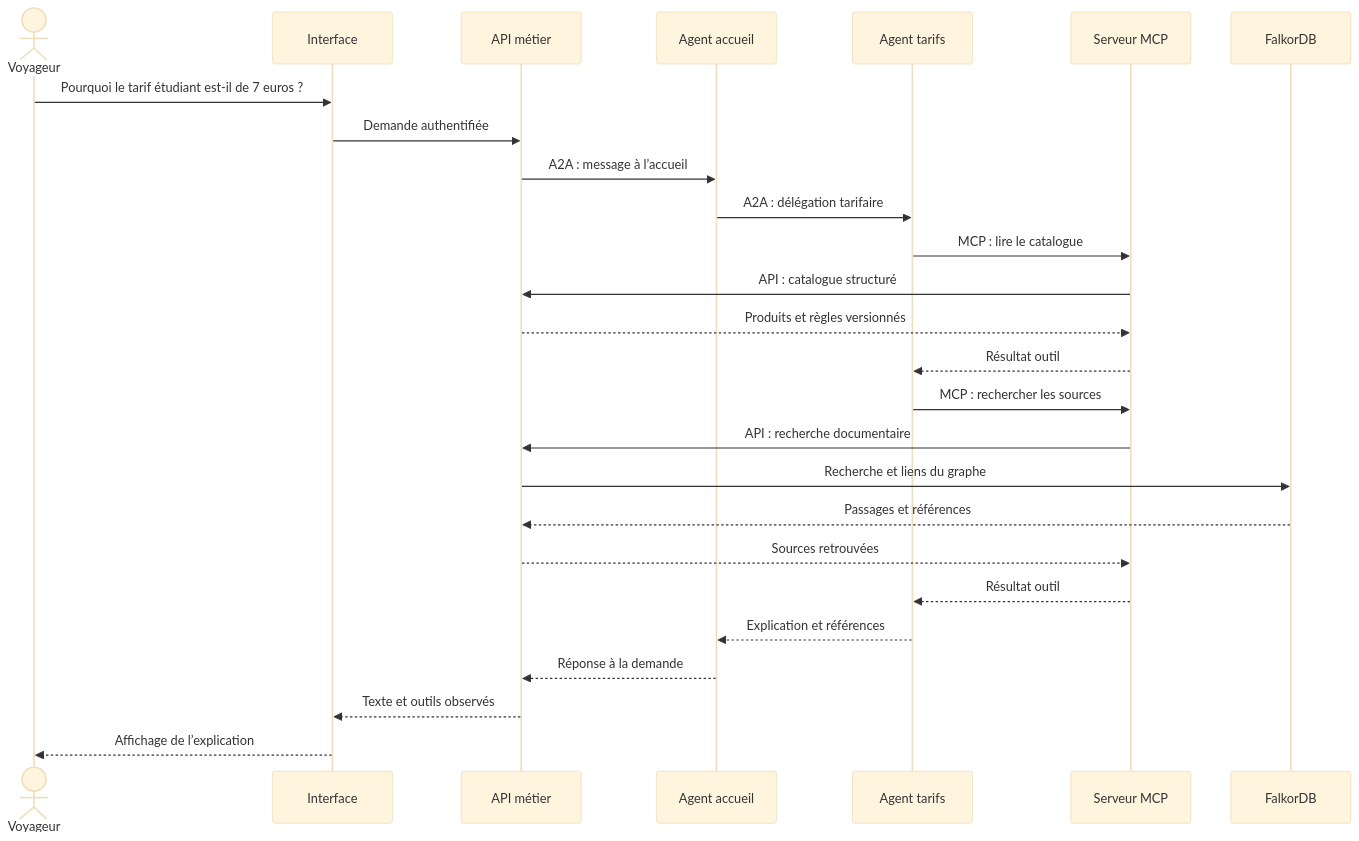
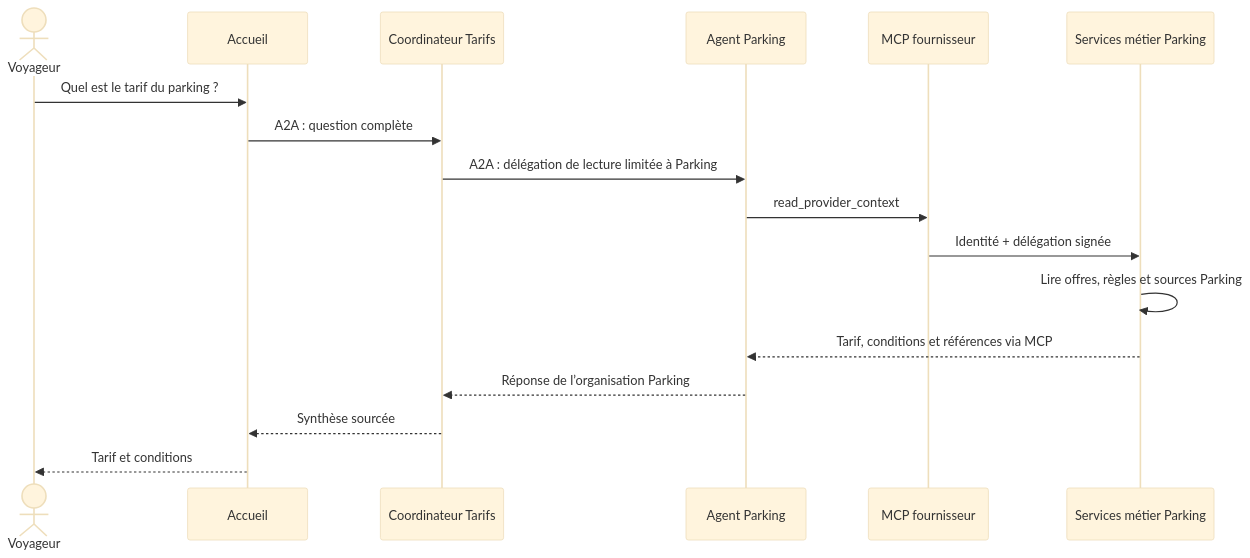
Before and after one commit to MaillardBenjamin/agentic-maas-lab: the first of 3 diagrams in docs/architecture/parcours.md, drawn with Mermaid (base theme). The commit also changed other lines of this file and 93 other files, not shown here.

````diff
--- a/docs/architecture/parcours.md
+++ b/docs/architecture/parcours.md
@@ -11,28 +11,19 @@
 ```mermaid
 sequenceDiagram
     actor V as Voyageur
-    participant UI as Interface
-    participant API as API métier
-    participant A as Agent accueil
-    participant T as Agent tarifs
-    participant M as Serveur MCP
-    participant G as FalkorDB
-    V->>UI: Pourquoi le tarif étudiant est-il de 7 euros ?
-    UI->>API: Demande authentifiée
-    API->>A: A2A : message à l’accueil
-    A->>T: A2A : délégation tarifaire
-    T->>M: MCP : lire le catalogue
-    M->>API: API : catalogue structuré
-    API-->>M: Produits et règles versionnés
-    M-->>T: Résultat outil
-    T->>M: MCP : rechercher les sources
-    M->>API: API : recherche documentaire
-    API->>G: Recherche et liens du graphe
-    G-->>API: Passages et références
-    API-->>M: Sources retrouvées
-    M-->>T: Résultat outil
-    T-->>A: Explication et références
-    A-->>API: Réponse à la demande
-    API-->>UI: Texte et outils observés
-    UI-->>V: Affichage de l’explication
+    participant A as Accueil
+    participant T as Coordinateur Tarifs
+    participant P as Agent Parking
+    participant M as MCP fournisseur
+    participant S as Services métier Parking
+    V->>A: Quel est le tarif du parking ?
+    A->>T: A2A : question complète
+    T->>P: A2A : délégation de lecture limitée à Parking
+    P->>M: read_provider_context
+    M->>S: Identité + délégation signée
+    S->>S: Lire offres, règles et sources Parking
+    S-->>P: Tarif, conditions et références via MCP
+    P-->>T: Réponse de l’organisation Parking
+    T-->>A: Synthèse sourcée
+    A-->>V: Tarif et conditions
 ```
````
